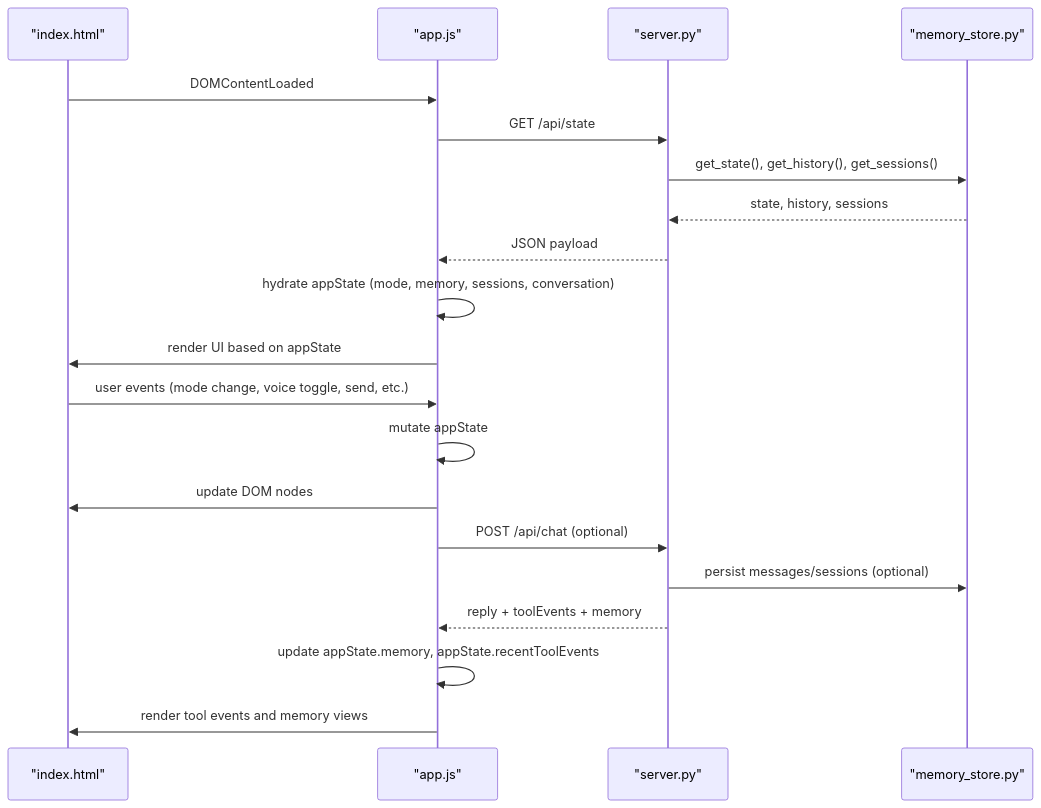
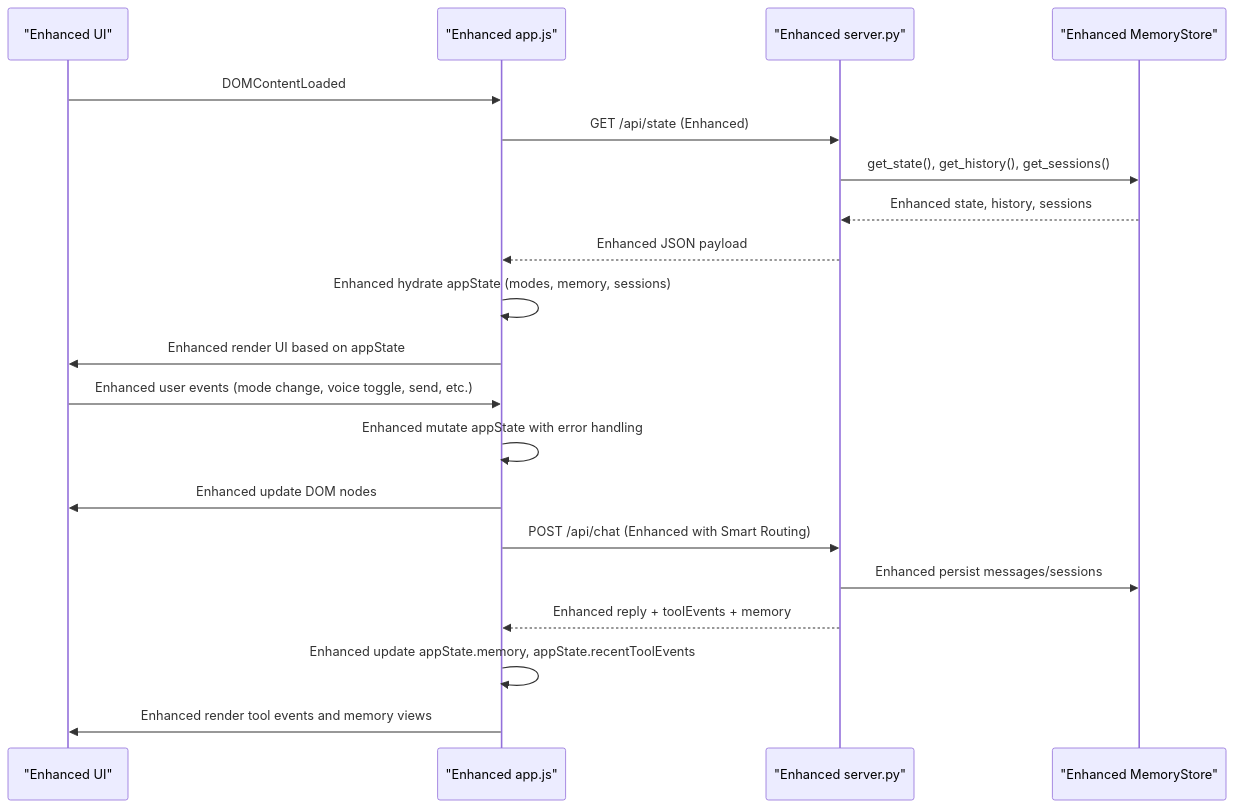
The second of 3 diagrams in .qoder/repowiki/en/content/Frontend Components/Application Logic/State Management.md (Sovetsky-Soyuz/AI-Assistant), drawn with Mermaid before and after one commit. The commit also changed other lines of this file and 10 other files, not shown here.

````diff
--- a/.qoder/repowiki/en/content/Frontend Components/Application Logic/State Management.md
+++ b/.qoder/repowiki/en/content/Frontend Components/Application Logic/State Management.md
@@ -105,22 +128,22 @@
 ```mermaid
 sequenceDiagram
-participant UI as "index.html"
-participant APP as "app.js"
-participant SRV as "server.py"
-participant MS as "memory_store.py"
+participant UI as "Enhanced UI"
+participant APP as "Enhanced app.js"
+participant SRV as "Enhanced server.py"
+participant MS as "Enhanced MemoryStore"
 UI->>APP : DOMContentLoaded
-APP->>SRV : GET /api/state
+APP->>SRV : GET /api/state (Enhanced)
 SRV->>MS : get_state(), get_history(), get_sessions()
-MS-->>SRV : state, history, sessions
-SRV-->>APP : JSON payload
-APP->>APP : hydrate appState (mode, memory, sessions, conversation)
-APP->>UI : render UI based on appState
-UI->>APP : user events (mode change, voice toggle, send, etc.)
-APP->>APP : mutate appState
-APP->>UI : update DOM nodes
-APP->>SRV : POST /api/chat (optional)
-SRV->>MS : persist messages/sessions (optional)
-SRV-->>APP : reply + toolEvents + memory
-APP->>APP : update appState.memory, appState.recentToolEvents
-APP->>UI : render tool events and memory views
+MS-->>SRV : Enhanced state, history, sessions
+SRV-->>APP : Enhanced JSON payload
+APP->>APP : Enhanced hydrate appState (modes, memory, sessions)
+APP->>UI : Enhanced render UI based on appState
+UI->>APP : Enhanced user events (mode change, voice toggle, send, etc.)
+APP->>APP : Enhanced mutate appState with error handling
+APP->>UI : Enhanced update DOM nodes
+APP->>SRV : POST /api/chat (Enhanced with Smart Routing)
+SRV->>MS : Enhanced persist messages/sessions
+SRV-->>APP : Enhanced reply + toolEvents + memory
+APP->>APP : Enhanced update appState.memory, appState.recentToolEvents
+APP->>UI : Enhanced render tool events and memory views
 ```
````
